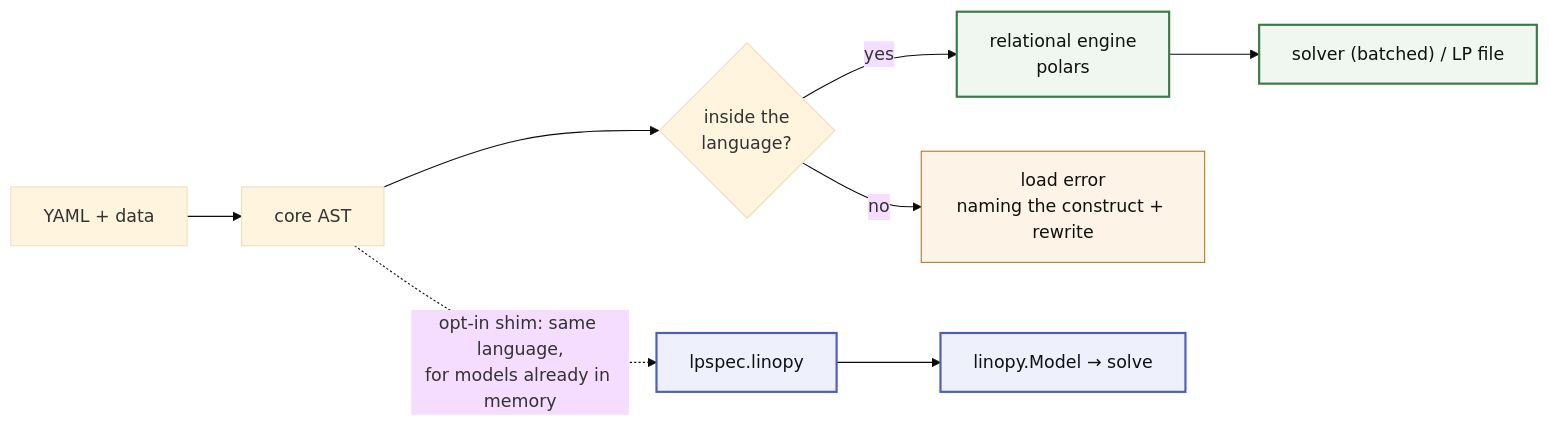
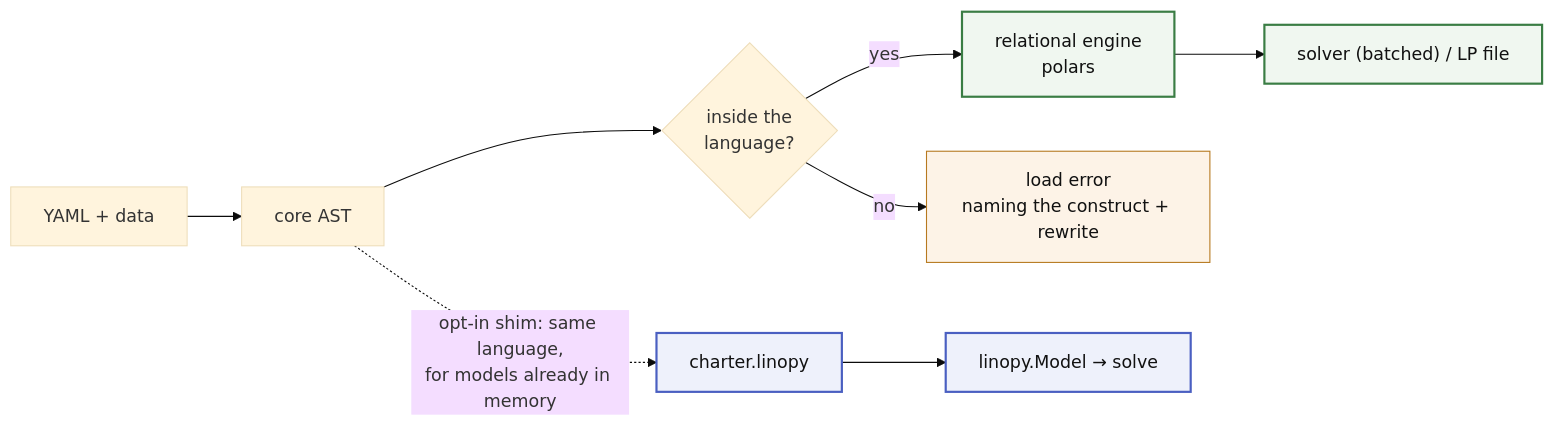
The diagram in README.md (FBumann/linopy-yaml), drawn with Mermaid (base theme) before and after one commit. The commit also changed other lines of this file and 244 other files, not shown here.

Commit message:
refactor(package): lpspec is now charter

````diff
--- a/README.md
+++ b/README.md
@@ -37,17 +37,17 @@
 ```mermaid
 flowchart LR
     Y["YAML + data"] --> AST["core AST"]
     AST --> R{"inside the<br/>language?"}
     R -->|"yes"| S["relational engine<br/>polars"]
     S --> OUT["solver (batched) / LP file"]
     R -->|"no"| ERR["load error<br/>naming the construct + rewrite"]
-    AST -.->|"opt-in shim: same language,<br/>for models already in memory"| E["lpspec.linopy"]
+    AST -.->|"opt-in shim: same language,<br/>for models already in memory"| E["charter.linopy"]
     E --> LS["linopy.Model → solve"]
 
     classDef stream fill:#f0f7f0,stroke:#3a7d44,stroke-width:2px,color:#111
     classDef linopylane fill:#eef1fb,stroke:#4a5fc1,stroke-width:2px,color:#111
     class S,OUT stream
     class E,LS linopylane
     class ERR err
     classDef err fill:#fdf3e7,stroke:#b7791f,color:#111
 ```
````
